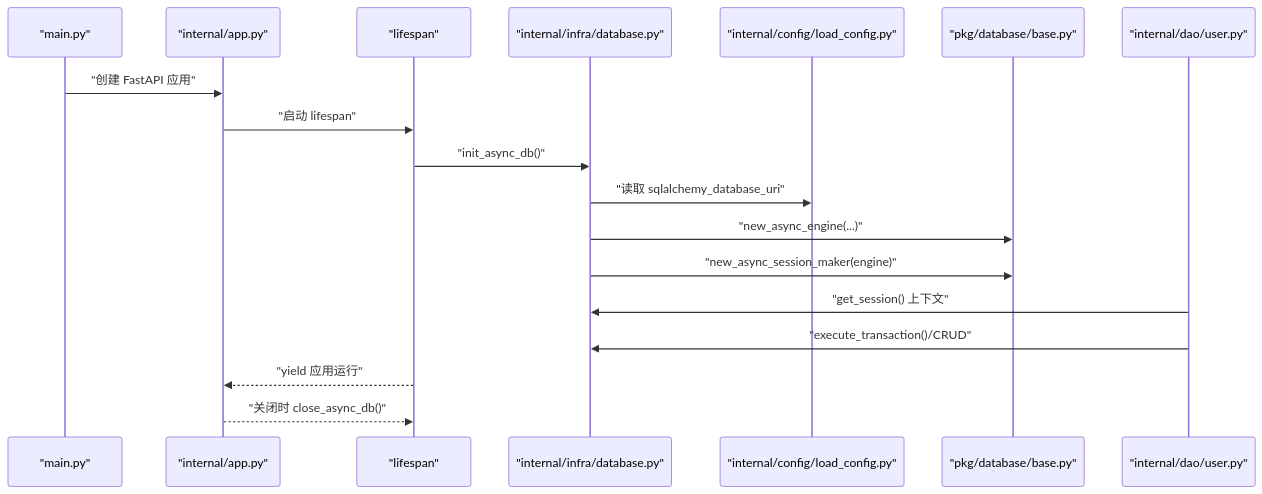
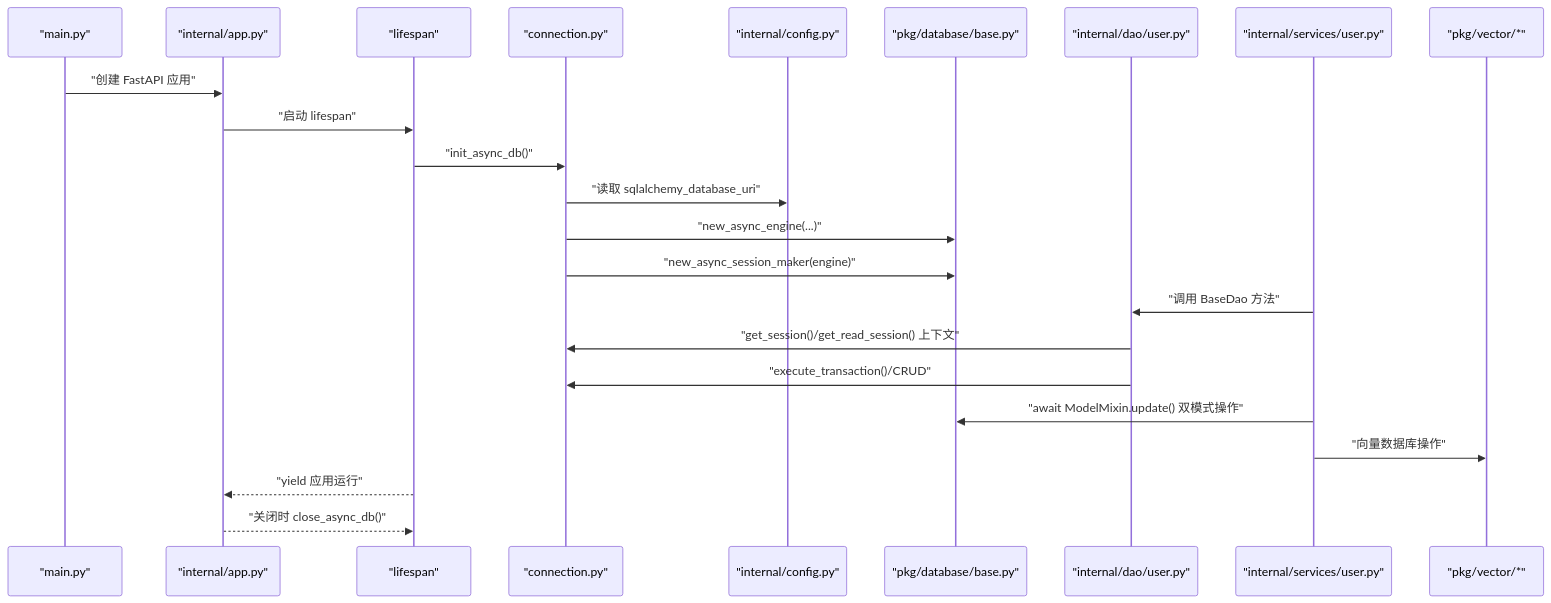
The second of 10 diagrams in .qoder/repowiki/zh/content/数据库集成/数据库集成.md (lilinzezzzzzz/fastapi-backend), drawn with Mermaid before and after one commit. The commit also changed other lines of this file and 42 other files, not shown here.

````diff
--- a/.qoder/repowiki/zh/content/数据库集成/数据库集成.md
+++ b/.qoder/repowiki/zh/content/数据库集成/数据库集成.md
@@ -133,20 +166,25 @@
 ```mermaid
 sequenceDiagram
 participant Main as "main.py"
 participant App as "internal/app.py"
 participant Lifespan as "lifespan"
-participant DBInfra as "internal/infra/database.py"
-participant Config as "internal/config/load_config.py"
+participant Conn as "connection.py"
+participant Config as "internal/config.py"
 participant ORM as "pkg/database/base.py"
 participant DAO as "internal/dao/user.py"
+participant Service as "internal/services/user.py"
+participant Vector as "pkg/vector/*"
 Main->>App : "创建 FastAPI 应用"
 App->>Lifespan : "启动 lifespan"
-Lifespan->>DBInfra : "init_async_db()"
-DBInfra->>Config : "读取 sqlalchemy_database_uri"
-DBInfra->>ORM : "new_async_engine(...)"
-DBInfra->>ORM : "new_async_session_maker(engine)"
-DAO->>DBInfra : "get_session() 上下文"
-DAO->>DBInfra : "execute_transaction()/CRUD"
+Lifespan->>Conn : "init_async_db()"
+Conn->>Config : "读取 sqlalchemy_database_uri"
+Conn->>ORM : "new_async_engine(...)"
+Conn->>ORM : "new_async_session_maker(engine)"
+Service->>DAO : "调用 BaseDao 方法"
+DAO->>Conn : "get_session()/get_read_session() 上下文"
+DAO->>Conn : "execute_transaction()/CRUD"
+Service->>ORM : "await ModelMixin.update() 双模式操作"
+Service->>Vector : "向量数据库操作"
 Lifespan-->>App : "yield 应用运行"
 App-->>Lifespan : "关闭时 close_async_db()"
 ```
````
